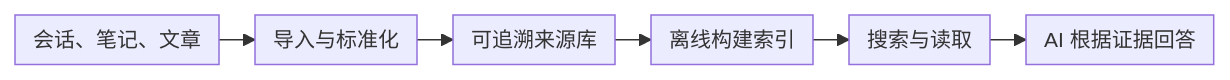
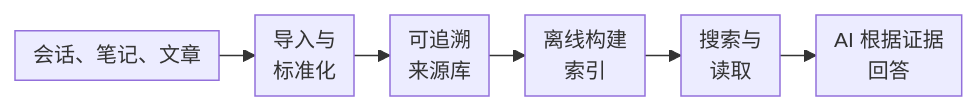
The diagram in README.md (def-a-name/learn-corpus), drawn with Mermaid before and after one commit. The commit also changed 1 other file, not shown here.

Commit message:
docs: 调整 Mermaid 布局避免 GitHub 控件遮挡
- 为 README 和整体流程图的节点文字添加换行
- 增加整体流程与 MCP 结构图的外围留白

````diff
--- a/README.md
+++ b/README.md
@@ -18,21 +18,21 @@
 ```mermaid
 ---
 config:
   look: classic
   layout: dagre
   themeVariables:
     fontSize: 14px
   flowchart:
     minNodeWidth: 0
     wrappingWidth: 160
     rankSpacing: 24
-    diagramPadding: 6
+    diagramPadding: 12
     padding: 6
 ---
 flowchart LR
-    A["会话、笔记、文章"] --> B["导入与标准化"]
-    B --> C["可追溯来源库"]
-    C --> D["离线构建索引"]
-    D --> E["搜索与读取"]
-    E --> F["AI 根据证据回答"]
+    A["会话、笔记、文章"] --> B["导入与<br/>标准化"]
+    B --> C["可追溯<br/>来源库"]
+    C --> D["离线构建<br/>索引"]
+    D --> E["搜索与<br/>读取"]
+    E --> F["AI 根据证据<br/>回答"]
 ```
````
